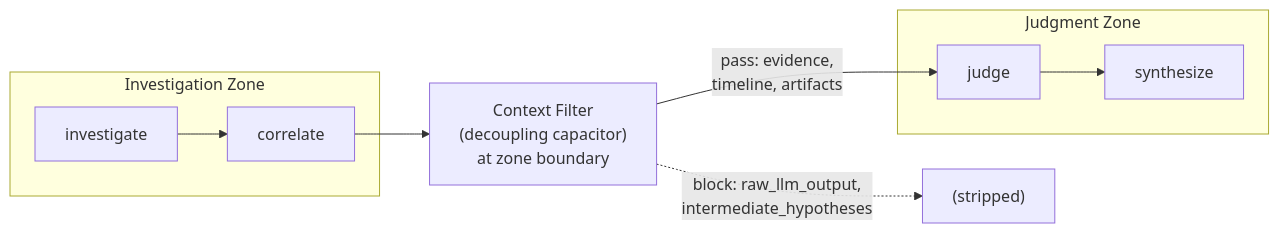
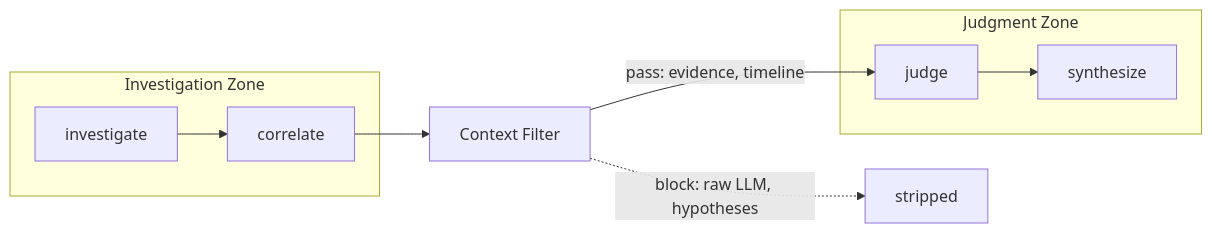
Diagram 12 of 12 in .cursor/docs/case-studies/electronic-circuit-theory.md (dpopsuev/origami), drawn with Mermaid before and after one commit. The commit also changed other lines of this file, not shown here.

First line of the commit message:
fix(case-studies): clean up mermaid diagram labels and spacing

````diff
--- a/.cursor/docs/case-studies/electronic-circuit-theory.md
+++ b/.cursor/docs/case-studies/electronic-circuit-theory.md
@@ -412,14 +406,14 @@
 ```mermaid
 flowchart LR
     subgraph zoneA ["Investigation Zone"]
         n1["investigate"] --> n2["correlate"]
     end
 
-    n2 --> filter["Context Filter\n(decoupling capacitor)\nat zone boundary"]
-    filter -->|"pass: evidence,\ntimeline, artifacts"| n3
-    filter -.->|"block: raw_llm_output,\nintermediate_hypotheses"| stripped["(stripped)"]
+    n2 --> filter["Context Filter"]
+    filter -->|"pass: evidence, timeline"| n3
+    filter -.->|"block: raw LLM, hypotheses"| stripped["stripped"]
 
     subgraph zoneB ["Judgment Zone"]
         n3["judge"] --> n4["synthesize"]
     end
 ```
````
